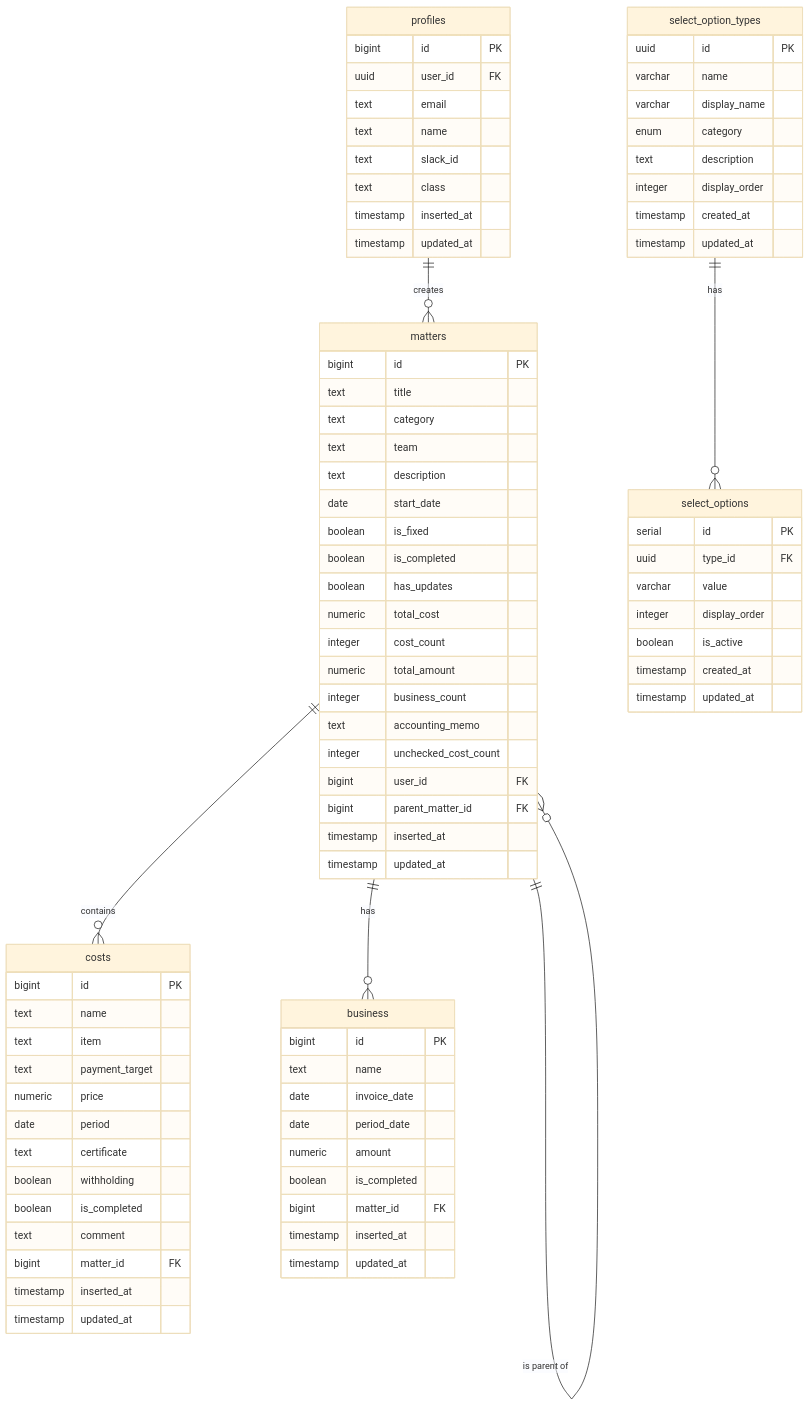
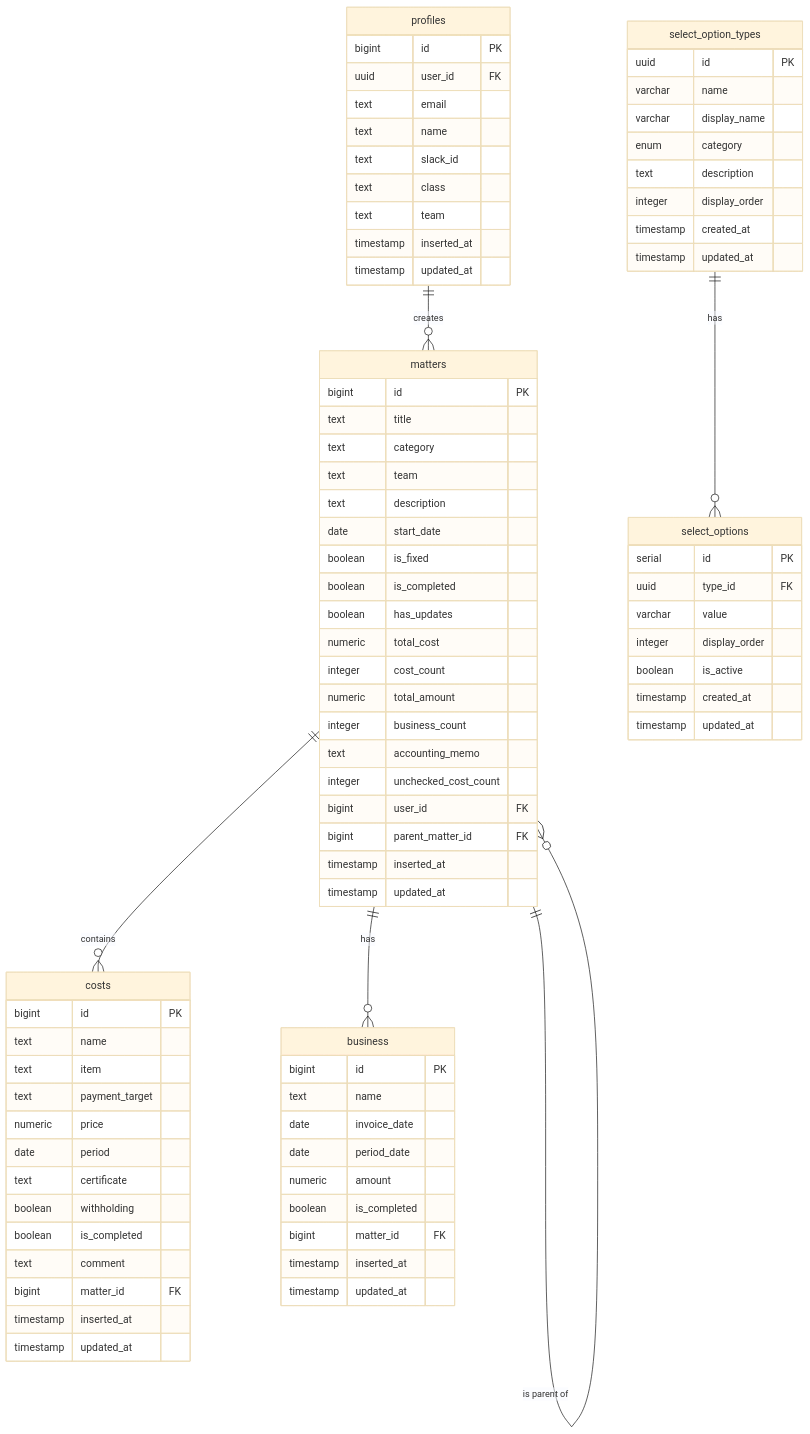
The diagram in docs/database.md (Singuralitylabs/accounting-system), drawn with Mermaid (base theme) before and after one commit. The commit also changed other lines of this file and 1 other file, not shown here.

Commit message:
📝 Add team page info to docs

```diff
--- a/docs/database.md
+++ b/docs/database.md
@@ -534,6 +552,7 @@
         text name
         text slack_id
         text class
+        text team
         timestamp inserted_at
         timestamp updated_at
     }
```
